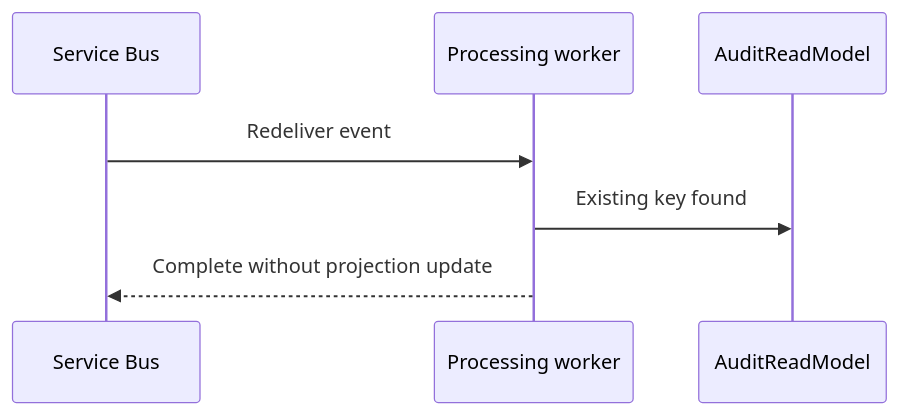
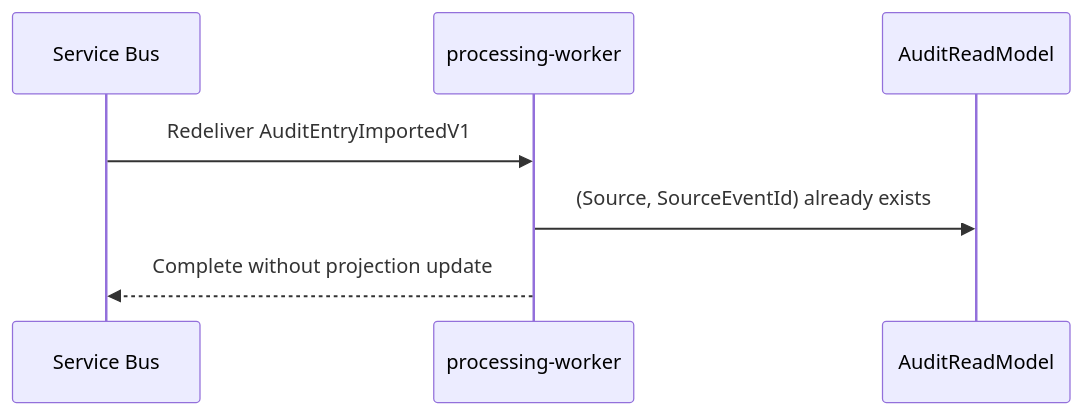
One commit to mmusiol-bitbite/publink changed the third of 3 diagrams in docs/diagrams/sequence/import-processing.md. Above: the diagram before and after it, drawn with Mermaid. The commit also changed other lines of this file and 30 other files, not shown here.

````diff
--- a/docs/diagrams/sequence/import-processing.md
+++ b/docs/diagrams/sequence/import-processing.md
@@ -55,9 +57,9 @@
 ```mermaid
 sequenceDiagram
     participant Bus as Service Bus
-    participant Processor as Processing worker
+    participant Processor as processing-worker
     participant DB as AuditReadModel
-    Bus->>Processor: Redeliver event
-    Processor->>DB: Existing key found
+    Bus->>Processor: Redeliver AuditEntryImportedV1
+    Processor->>DB: (Source, SourceEventId) already exists
     Processor-->>Bus: Complete without projection update
 ```
````
